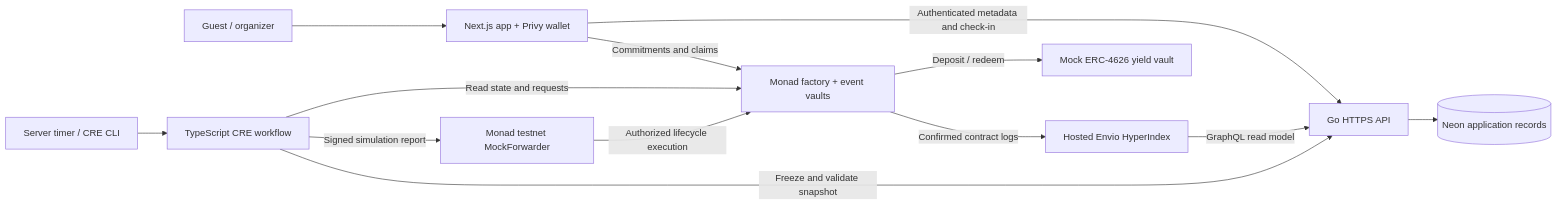
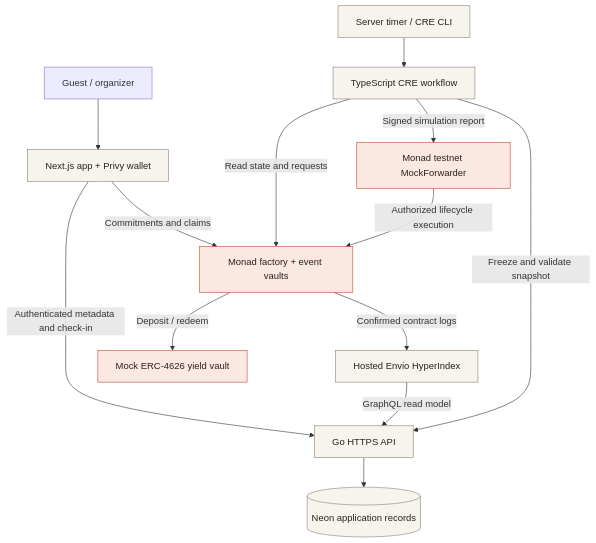
One commit to EndPx/commitpass changed the diagram in README.md. Above: the diagram before and after it, drawn with Mermaid. The commit also changed 1 other file, not shown here.

Commit message:
Improve architecture readability in the GitHub review guide

````diff
--- a/README.md
+++ b/README.md
@@ -63,15 +63,19 @@
 ```mermaid
-flowchart LR
+flowchart TB
     Guest[Guest / organizer] --> Web[Next.js app + Privy wallet]
     Web -->|Commitments and claims| Chain[Monad factory + event vaults]
     Web -->|Authenticated metadata and check-in| API[Go HTTPS API]
     API --> AppDB[(Neon application records)]
     Chain -->|Confirmed contract logs| Envio[Hosted Envio HyperIndex]
     Envio -->|GraphQL read model| API
     Timer[Server timer / CRE CLI] --> CRE[TypeScript CRE workflow]
     CRE -->|Read state and requests| Chain
     CRE -->|Freeze and validate snapshot| API
     CRE -->|Signed simulation report| Forwarder[Monad testnet MockForwarder]
     Forwarder -->|Authorized lifecycle execution| Chain
     Chain -->|Deposit / redeem| Yield[Mock ERC-4626 yield vault]
+    classDef chain fill:#fbe9e1,stroke:#be4c2b,color:#29221e
+    classDef app fill:#f6f4ed,stroke:#8a8177,color:#29221e
+    class Chain,Forwarder,Yield chain
+    class Web,API,AppDB,Envio,Timer,CRE app
 ```
````
